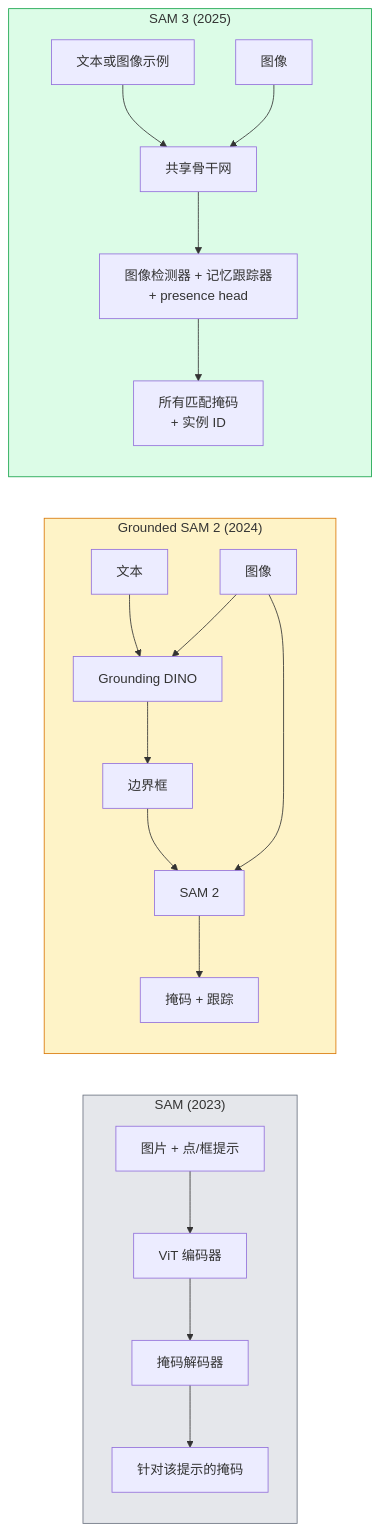
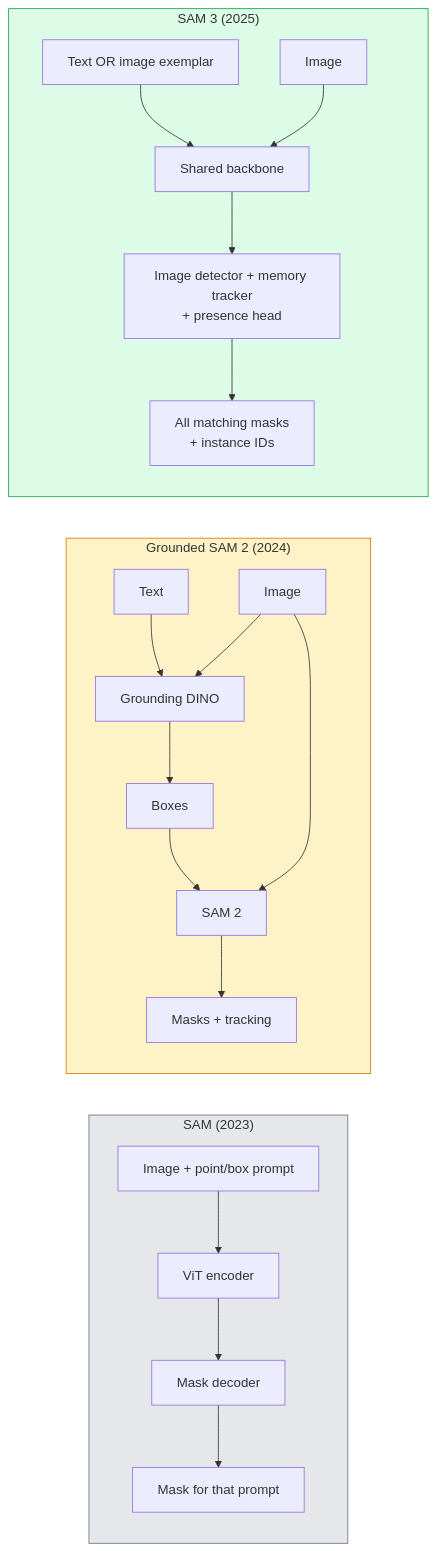
One commit to xiaojiaenen/ai-engineering-from-scratch-zh changed the diagram in i18n/zh/phases/04-computer-vision/24-sam3-open-vocab-segmentation/docs/zh.md. Above: the diagram before and after it, drawn with Mermaid. The commit also changed other lines of this file and 28 other files, not shown here.

````diff
--- a/i18n/zh/phases/04-computer-vision/24-sam3-open-vocab-segmentation/docs/zh.md
+++ b/i18n/zh/phases/04-computer-vision/24-sam3-open-vocab-segmentation/docs/zh.md
@@ -29,22 +29,22 @@
 ```mermaid
 flowchart LR
     subgraph SAM1["SAM (2023)"]
-        A1["图片 + 点/框提示"] --> A2["ViT 编码器"] --> A3["掩码解码器"]
-        A3 --> A4["针对该提示的掩码"]
+        A1["Image + point/box prompt"] --> A2["ViT encoder"] --> A3["Mask decoder"]
+        A3 --> A4["Mask for that prompt"]
     end
     subgraph GSAM2["Grounded SAM 2 (2024)"]
-        B1["文本"] --> B2["Grounding DINO"] --> B3["边界框"] --> B4["SAM 2"] --> B5["掩码 + 跟踪"]
-        B6["图像"] --> B2
+        B1["Text"] --> B2["Grounding DINO"] --> B3["Boxes"] --> B4["SAM 2"] --> B5["Masks + tracking"]
+        B6["Image"] --> B2
         B6 --> B4
     end
     subgraph SAM3["SAM 3 (2025)"]
-        C1["文本或图像示例"] --> C2["共享骨干网"]
-        C3["图像"] --> C2
-        C2 --> C4["图像检测器 + 记忆跟踪器<br/>+ presence head"]
-        C4 --> C5["所有匹配掩码<br/>+ 实例 ID"]
+        C1["Text OR image exemplar"] --> C2["Shared backbone"]
+        C3["Image"] --> C2
+        C2 --> C4["Image detector + memory tracker<br/>+ presence head"]
+        C4 --> C5["All matching masks<br/>+ instance IDs"]
     end
 
     style SAM1 fill:#e5e7eb,stroke:#6b7280
     style GSAM2 fill:#fef3c7,stroke:#d97706
     style SAM3 fill:#dcfce7,stroke:#16a34a
 ```
````
